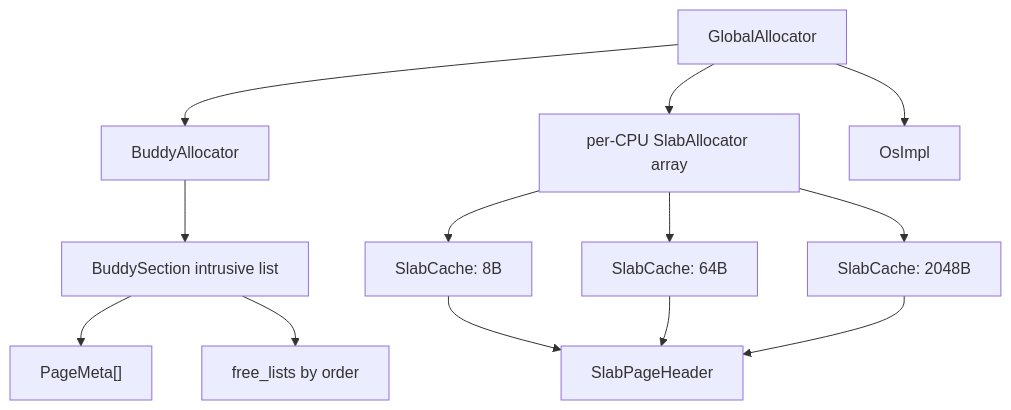
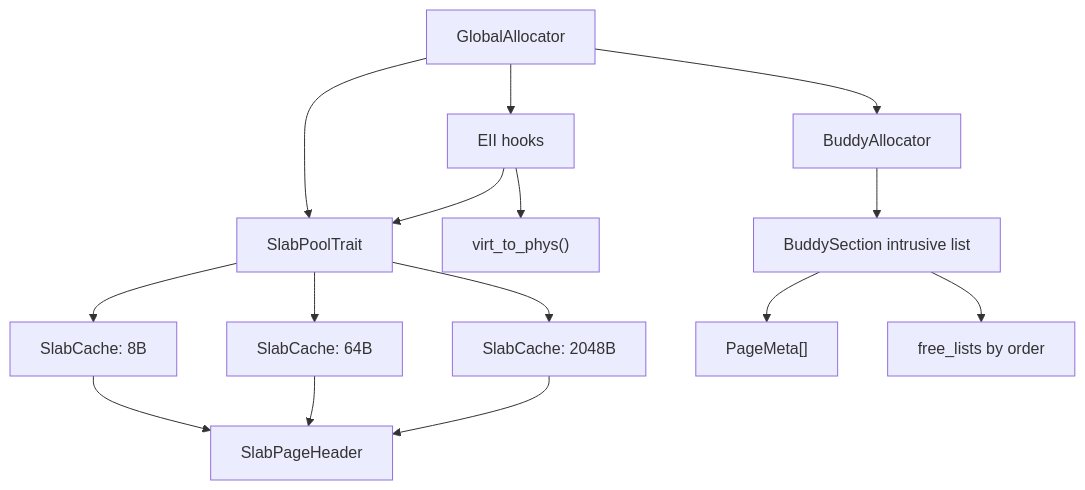
One commit to arceos-hypervisor/buddy-slab-allocator changed the first of 8 diagrams in docs/design.md. Above: the diagram before and after it, drawn with Mermaid. The commit also changed other lines of this file and 10 other files, not shown here.

First line of the commit message:
Refactor global allocator to support singleton pattern and improve slab management

````diff
--- a/docs/design.md
+++ b/docs/design.md
@@ -31,18 +31,20 @@
 ```mermaid
 flowchart TD
     GA["GlobalAllocator"] --> B["BuddyAllocator"]
-    GA --> PCS["per-CPU SlabAllocator array"]
-    GA --> OS["OsImpl"]
+    GA --> SP["SlabPoolTrait"]
+    GA --> EI["EII hooks"]
+    EI --> SP
+    EI --> V2P["virt_to_phys()"]
 
-    PCS --> SC8["SlabCache: 8B"]
-    PCS --> SC64["SlabCache: 64B"]
-    PCS --> SC2K["SlabCache: 2048B"]
+    SP --> SC8["SlabCache: 8B"]
+    SP --> SC64["SlabCache: 64B"]
+    SP --> SC2K["SlabCache: 2048B"]
 
     SC8 --> SPH["SlabPageHeader"]
     SC64 --> SPH
     SC2K --> SPH
 
     B --> SH["BuddySection intrusive list"]
     SH --> PM["PageMeta[]"]
     SH --> FL["free_lists by order"]
 ```
````
